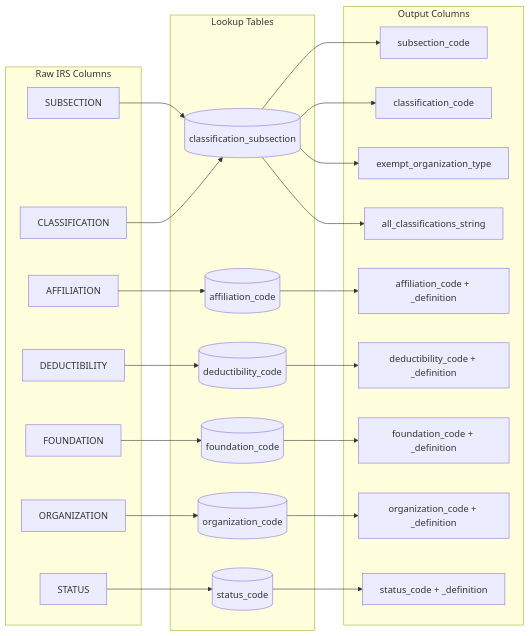
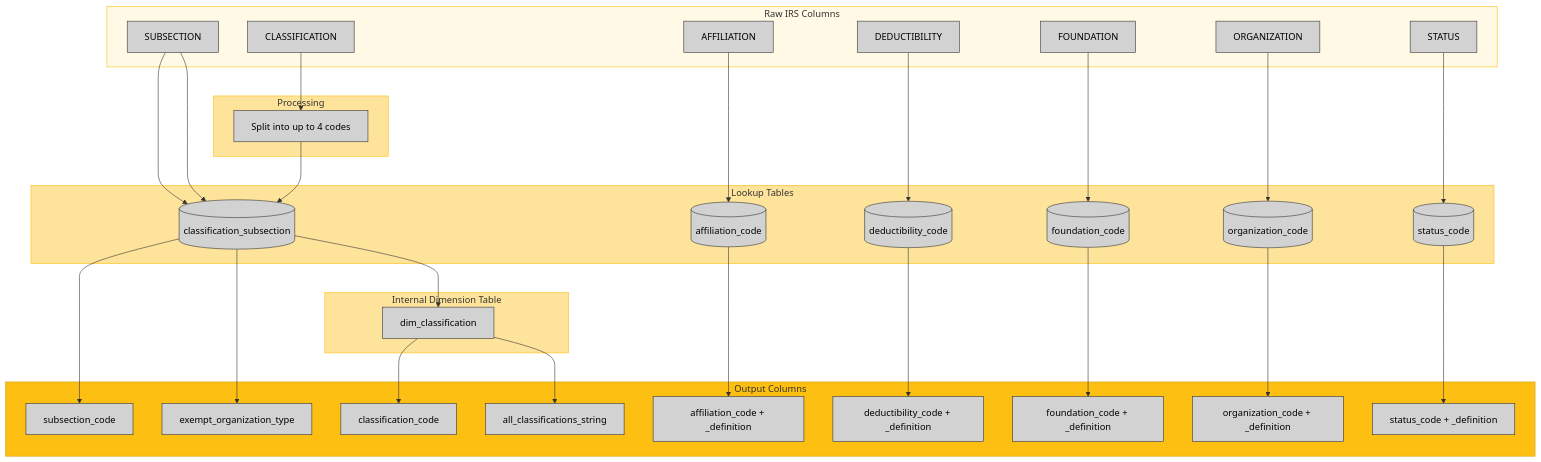
One commit to UrbanInstitute/nccs-data-bmf changed the third of 10 diagrams in docs/02-data-lineage.qmd. Above: the diagram before and after it, drawn with Mermaid. The commit also changed other lines of this file, not shown here.

First line of the commit message:
Update data lineage docs with theming and dimension tables

````diff
--- a/docs/02-data-lineage.qmd
+++ b/docs/02-data-lineage.qmd
@@ -104,46 +120,63 @@
 ```{mermaid}
-flowchart LR
-    subgraph Raw["Raw IRS Columns"]
+%%| fig-width: 12
+%%| fig-height: 8
+flowchart TB
+    classDef node fill:#d2d2d2,stroke:#333,color:#000
+
+    subgraph Raw[Raw IRS Columns]
         SUB[SUBSECTION]
         CLASS[CLASSIFICATION]
         AFF[AFFILIATION]
         DED[DEDUCTIBILITY]
         FND[FOUNDATION]
         ORG[ORGANIZATION]
         STAT[STATUS]
     end
 
-    subgraph Lookup["Lookup Tables"]
+    subgraph Process[Processing]
+        SPLIT[Split into up to 4 codes]
+    end
+
+    subgraph Lookup[Lookup Tables]
         L1[(classification_subsection)]
         L2[(affiliation_code)]
         L3[(deductibility_code)]
         L4[(foundation_code)]
         L5[(organization_code)]
         L6[(status_code)]
     end
 
-    subgraph Output["Output Columns"]
+    subgraph DIM[Internal Dimension Table]
+        DIM_CL[dim_classification]
+    end
+
+    subgraph Output[Output Columns]
         sub_code[subsection_code]
         class_code[classification_code]
         org_type[exempt_organization_type]
         all_class[all_classifications_string]
         aff_code[affiliation_code + _definition]
         ded_code[deductibility_code + _definition]
         fnd_code[foundation_code + _definition]
         org_code[organization_code + _definition]
         stat_code[status_code + _definition]
     end
 
-    SUB --> L1
-    CLASS --> L1
-    L1 --> sub_code
-    L1 --> class_code
-    L1 --> org_type
-    L1 --> all_class
+    SUB --> L1 --> sub_code
+    SUB --> L1 --> org_type
+    CLASS --> SPLIT --> L1 --> DIM_CL
+    DIM_CL --> class_code
+    DIM_CL --> all_class
 
     AFF --> L2 --> aff_code
     DED --> L3 --> ded_code
     FND --> L4 --> fnd_code
     ORG --> L5 --> org_code
     STAT --> L6 --> stat_code
+
+    style Raw fill:#fff9e6,stroke:#fdbf11
+    style Process fill:#fee39b,stroke:#fdbf11
+    style Lookup fill:#fee39b,stroke:#fdbf11
+    style DIM fill:#fee39b,stroke:#fdbf11
+    style Output fill:#fdbf11,stroke:#d19c0f
 ```
````
